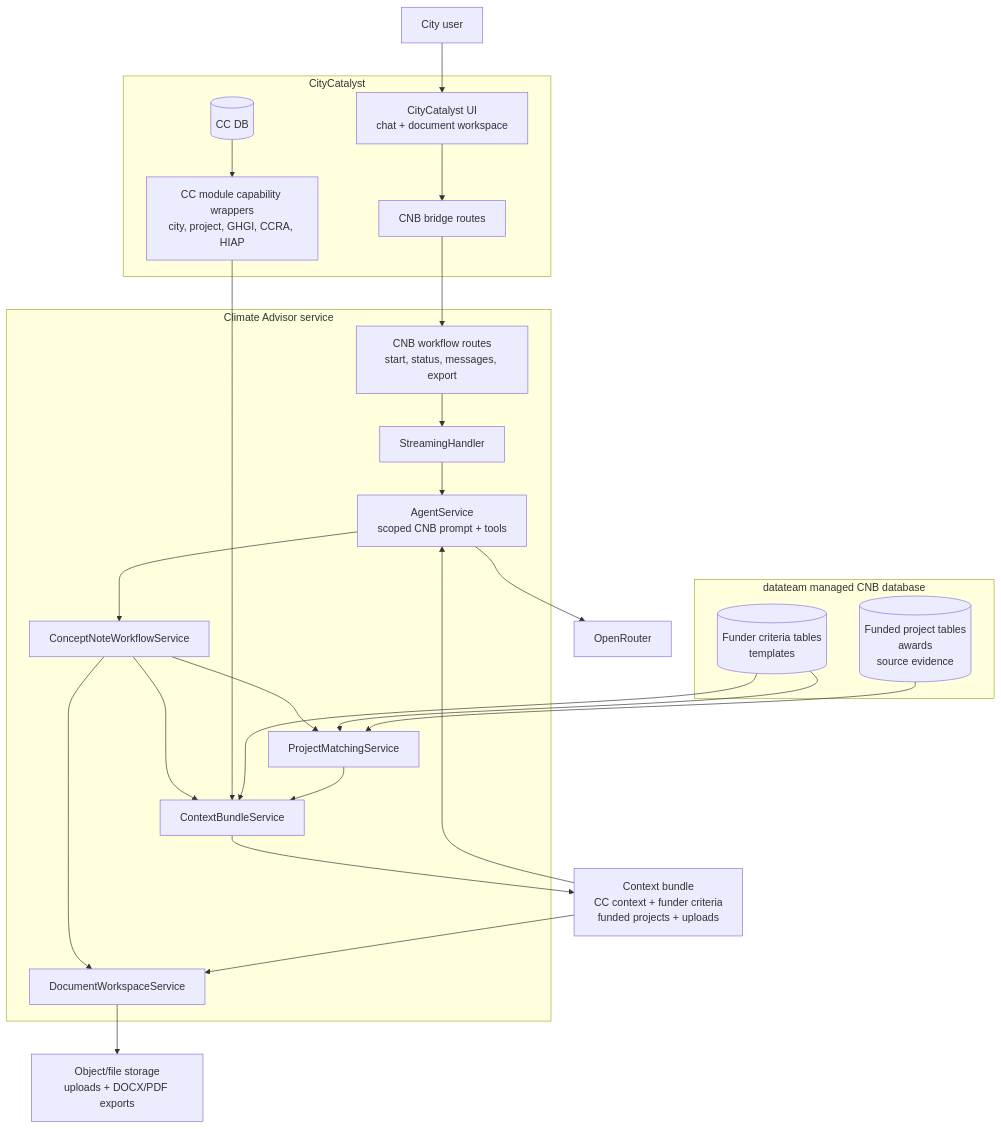
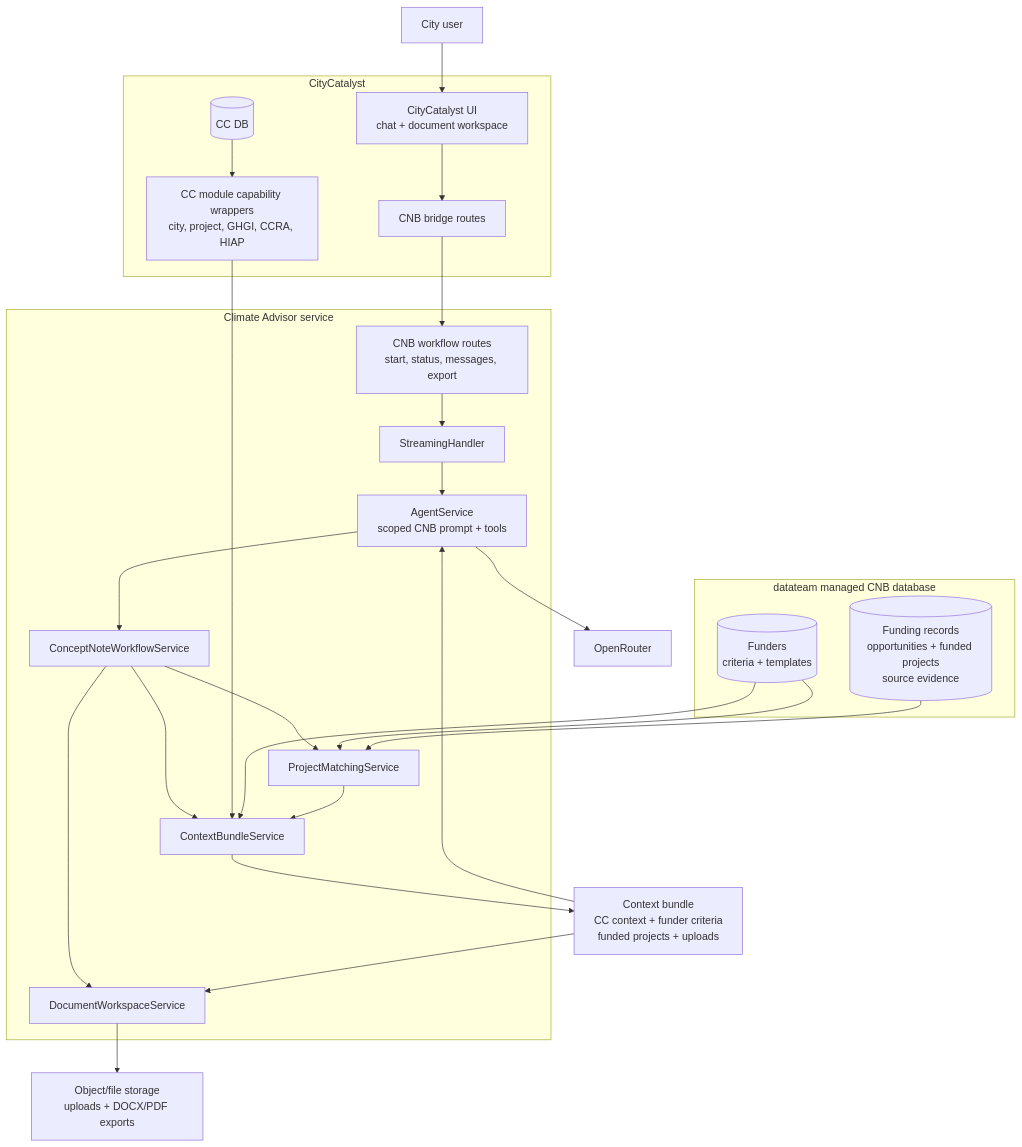
Before and after one commit to Open-Earth-Foundation/CityCatalyst: the first of 13 diagrams in docs/ConceptNoteBuilderArchitecture.md, drawn with Mermaid. The commit also changed other lines of this file and 1 other file, not shown here.

Commit message:
Simplify CNB funding architecture

````diff
--- a/docs/ConceptNoteBuilderArchitecture.md
+++ b/docs/ConceptNoteBuilderArchitecture.md
@@ -66,50 +65,50 @@
 ```mermaid
 flowchart TB
     User["City user"] --> CCUI["CityCatalyst UI<br/>chat + document workspace"]
 
     subgraph CC["CityCatalyst"]
         CCUI
         CCBridge["CNB bridge routes"]
         CCCaps["CC module capability wrappers<br/>city, project, GHGI, CCRA, HIAP"]
         CCData[("CC DB")]
     end
 
     subgraph CA["Climate Advisor service"]
         CARoutes["CNB workflow routes<br/>start, status, messages, export"]
         Stream["StreamingHandler"]
         Agent["AgentService<br/>scoped CNB prompt + tools"]
         CNBService["ConceptNoteWorkflowService"]
         ContextService["ContextBundleService"]
         DocService["DocumentWorkspaceService"]
         MatchService["ProjectMatchingService"]
     end
 
     subgraph CNBDB["datateam managed CNB database"]
-        FunderDB[("Funder criteria tables<br/>templates")]
-        ProjectKB[("Funded project tables<br/>awards<br/>source evidence")]
+        FunderDB[("Funders<br/>criteria + templates")]
+        ProjectKB[("Funding records<br/>opportunities + funded projects<br/>source evidence")]
     end
 
     ContextBundle["Context bundle<br/>CC context + funder criteria<br/>funded projects + uploads"]
     OpenRouter["OpenRouter"]
     ObjectStore["Object/file storage<br/>uploads + DOCX/PDF exports"]
 
     CCUI --> CCBridge
     CCBridge --> CARoutes
     CARoutes --> Stream
     Stream --> Agent
     Agent --> CNBService
     CNBService --> ContextService
     CNBService --> DocService
     CNBService --> MatchService
     CCData --> CCCaps
     CCCaps --> ContextService
     FunderDB --> ContextService
     FunderDB --> MatchService
     ProjectKB --> MatchService
     MatchService --> ContextService
     ContextService --> ContextBundle
     ContextBundle --> Agent
     ContextBundle --> DocService
     DocService --> ObjectStore
     Agent --> OpenRouter
 ```
````
